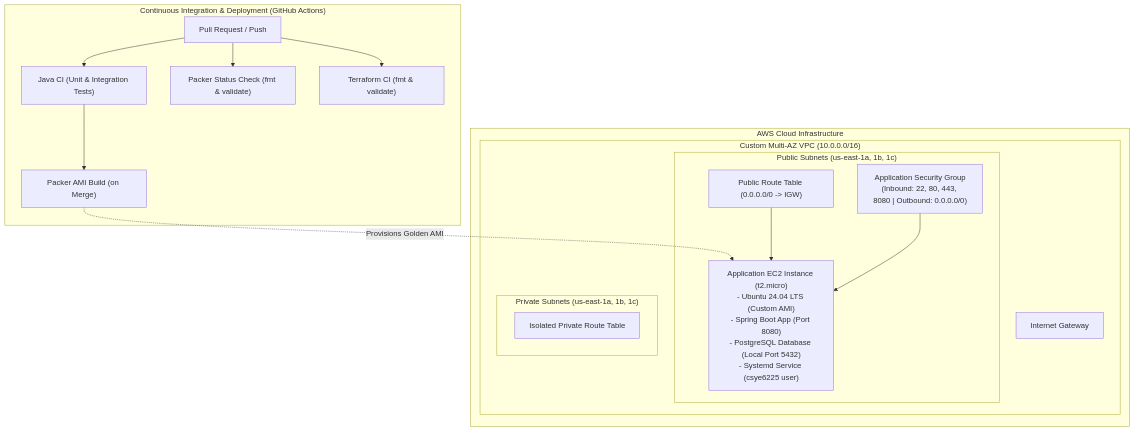
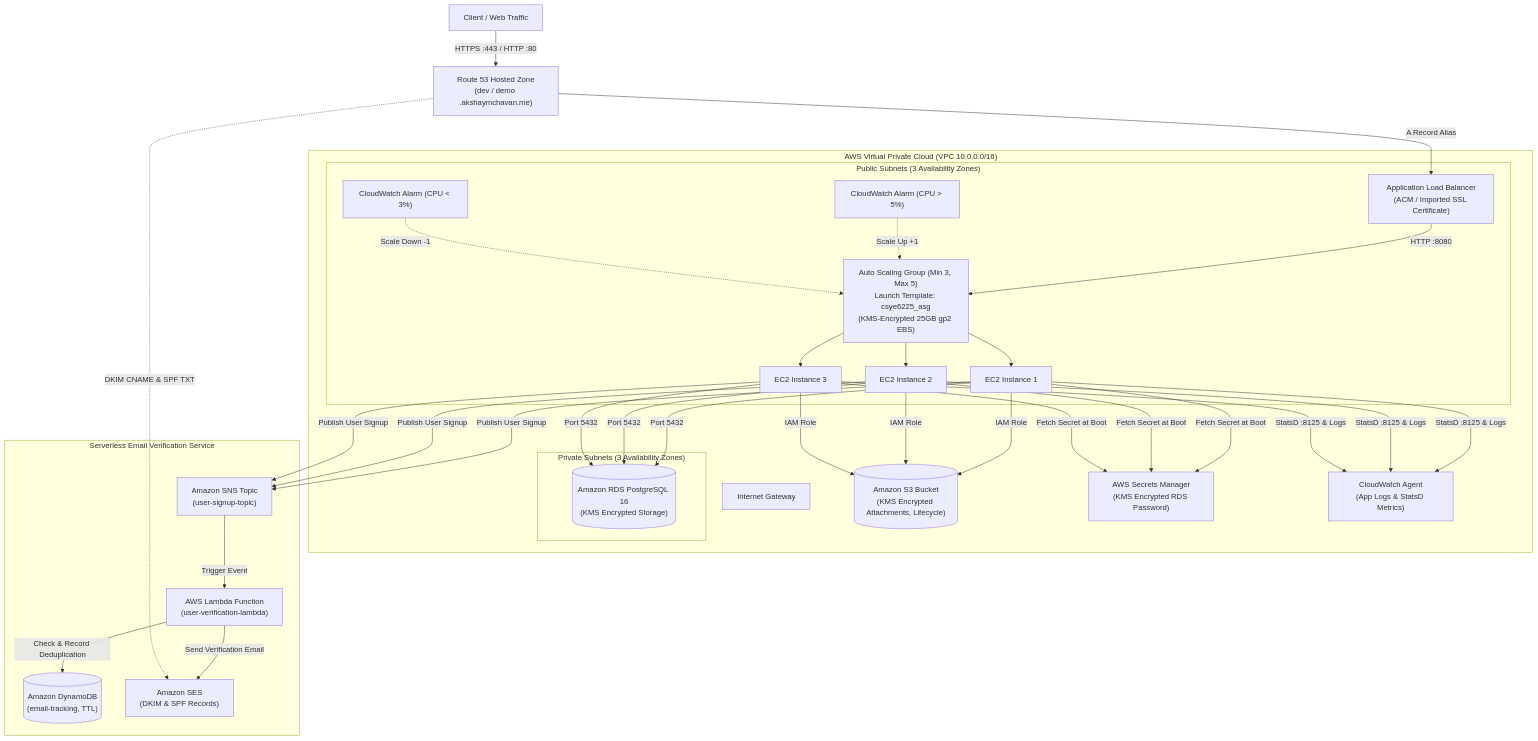
The diagram in README.md (aks2161989/cloud-native-project), drawn with Mermaid before and after one commit. The commit also changed other lines of this file and 1 other file, not shown here.

Commit message:
docs: finalize architecture documentation and API specifications across all assignments

````diff
--- a/README.md
+++ b/README.md
@@ -9,29 +9,44 @@
 ```mermaid
-flowchart TD
-    subgraph CI_CD["Continuous Integration & Deployment (GitHub Actions)"]
-        PR[Pull Request / Push] --> Test["Java CI (Unit & Integration Tests)"]
-        PR --> PCheck["Packer Status Check (fmt & validate)"]
-        PR --> TCheck["Terraform CI (fmt & validate)"]
-        Test --> PBuild["Packer AMI Build (on Merge)"]
+graph TD
+    Client["Client / Web Traffic"] -->|HTTPS :443 / HTTP :80| Route53["Route 53 Hosted Zone<br/>(dev / demo .akshaymchavan.me)"]
+    Route53 -->|A Record Alias| ALB["Application Load Balancer<br/>(ACM / Imported SSL Certificate)"]
+    
+    subgraph VPC ["AWS Virtual Private Cloud (VPC 10.0.0.0/16)"]
+        IGW["Internet Gateway"]
+        
+        subgraph PublicSubnets ["Public Subnets (3 Availability Zones)"]
+            ALB -->|HTTP :8080| ASG["Auto Scaling Group (Min 3, Max 5)<br/>Launch Template: csye6225_asg<br/>(KMS-Encrypted 25GB gp2 EBS)"]
+            ASG --> EC2_1["EC2 Instance 1"]
+            ASG --> EC2_2["EC2 Instance 2"]
+            ASG --> EC2_3["EC2 Instance 3"]
+            
+            CW_High["CloudWatch Alarm (CPU > 5%)"] -.->|Scale Up +1| ASG
+            CW_Low["CloudWatch Alarm (CPU < 3%)"] -.->|Scale Down -1| ASG
+        end
+
+        subgraph PrivateSubnets ["Private Subnets (3 Availability Zones)"]
+            RDS[("Amazon RDS PostgreSQL 16<br/>(KMS Encrypted Storage)")]
+        end
+        
+        S3[("Amazon S3 Bucket<br/>(KMS Encrypted Attachments, Lifecycle)")]
+        SM["AWS Secrets Manager<br/>(KMS Encrypted RDS Password)"]
+        CW_Agent["CloudWatch Agent<br/>(App Logs & StatsD Metrics)"]
     end
 
-    subgraph AWS_Cloud["AWS Cloud Infrastructure"]
-        subgraph VPC["Custom Multi-AZ VPC (10.0.0.0/16)"]
-            IGW[Internet Gateway]
-            
-            subgraph PublicSubnets["Public Subnets (us-east-1a, 1b, 1c)"]
-                PubRT["Public Route Table (0.0.0.0/0 -> IGW)"]
-                EC2["Application EC2 Instance (t2.micro)<br/>- Ubuntu 24.04 LTS (Custom AMI)<br/>- Spring Boot App (Port 8080)<br/>- PostgreSQL Database (Local Port 5432)<br/>- Systemd Service (csye6225 user)"]
-                SG["Application Security Group<br/>(Inbound: 22, 80, 443, 8080 | Outbound: 0.0.0.0/0)"]
-            end
-            
-            subgraph PrivateSubnets["Private Subnets (us-east-1a, 1b, 1c)"]
-                PrivRT["Isolated Private Route Table"]
-            end
-        end
+    subgraph ServerlessService ["Serverless Email Verification Service"]
+        SNS["Amazon SNS Topic<br/>(user-signup-topic)"]
+        Lambda["AWS Lambda Function<br/>(user-verification-lambda)"]
+        DDB[("Amazon DynamoDB<br/>(email-tracking, TTL)")]
+        SES["Amazon SES<br/>(DKIM & SPF Records)"]
     end
 
-    PBuild -.->|Provisions Golden AMI| EC2
-    PubRT --> EC2
-    SG --> EC2
+    EC2_1 & EC2_2 & EC2_3 -->|Port 5432| RDS
+    EC2_1 & EC2_2 & EC2_3 -->|IAM Role| S3
+    EC2_1 & EC2_2 & EC2_3 -->|Fetch Secret at Boot| SM
+    EC2_1 & EC2_2 & EC2_3 -->|Publish User Signup| SNS
+    EC2_1 & EC2_2 & EC2_3 -->|StatsD :8125 & Logs| CW_Agent
+    SNS -->|Trigger Event| Lambda
+    Lambda -->|Check & Record Deduplication| DDB
+    Lambda -->|Send Verification Email| SES
+    Route53 -.->|DKIM CNAME & SPF TXT| SES
 ```
````
